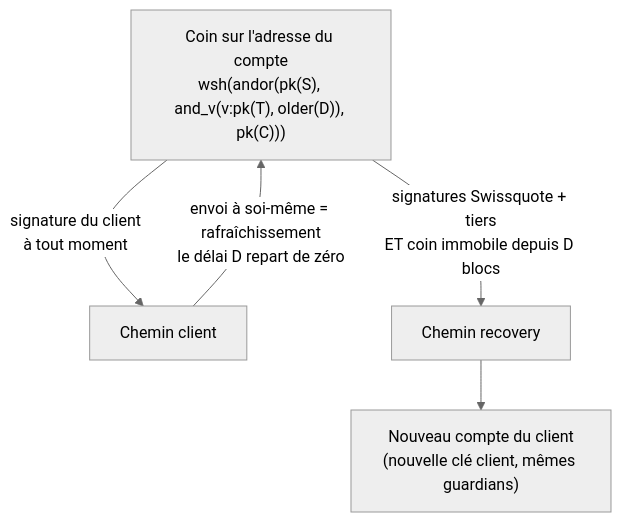
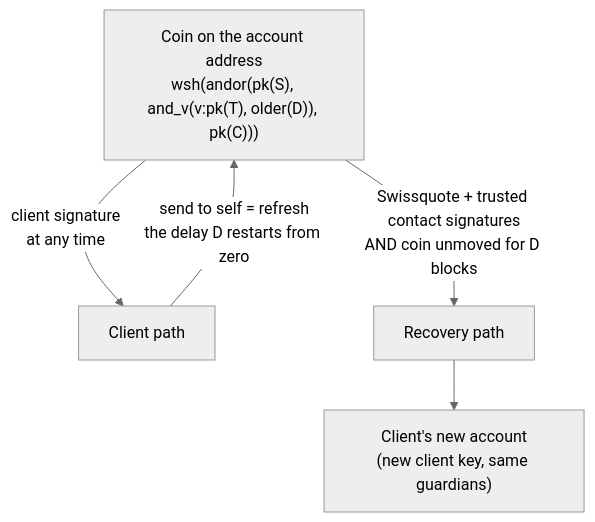
Before and after one commit to bilfrux/Swissquote-Wallet: the second of 2 diagrams in docs/architecture.md, drawn with Mermaid (neutral theme). The commit also changed other lines of this file and 21 other files, not shown here.

````diff
--- a/docs/architecture.md
+++ b/docs/architecture.md
@@ -57,8 +59,8 @@
 ```mermaid
 flowchart TD
-  U["Coin sur l'adresse du compte<br/>wsh(andor(pk(S), and_v(v:pk(T), older(D)), pk(C)))"]
-  U -->|"signature du client<br/>à tout moment"| C["Chemin client"]
-  U -->|"signatures Swissquote + tiers<br/>ET coin immobile depuis D blocs"| R["Chemin recovery"]
-  R --> N["Nouveau compte du client<br/>(nouvelle clé client, mêmes guardians)"]
-  C -->|"envoi à soi-même = rafraîchissement<br/>le délai D repart de zéro"| U
+  U["Coin on the account address<br/>wsh(andor(pk(S), and_v(v:pk(T), older(D)), pk(C)))"]
+  U -->|"client signature<br/>at any time"| C["Client path"]
+  U -->|"Swissquote + trusted contact signatures<br/>AND coin unmoved for D blocks"| R["Recovery path"]
+  R --> N["Client's new account<br/>(new client key, same guardians)"]
+  C -->|"send to self = refresh<br/>the delay D restarts from zero"| U
 ```
````
